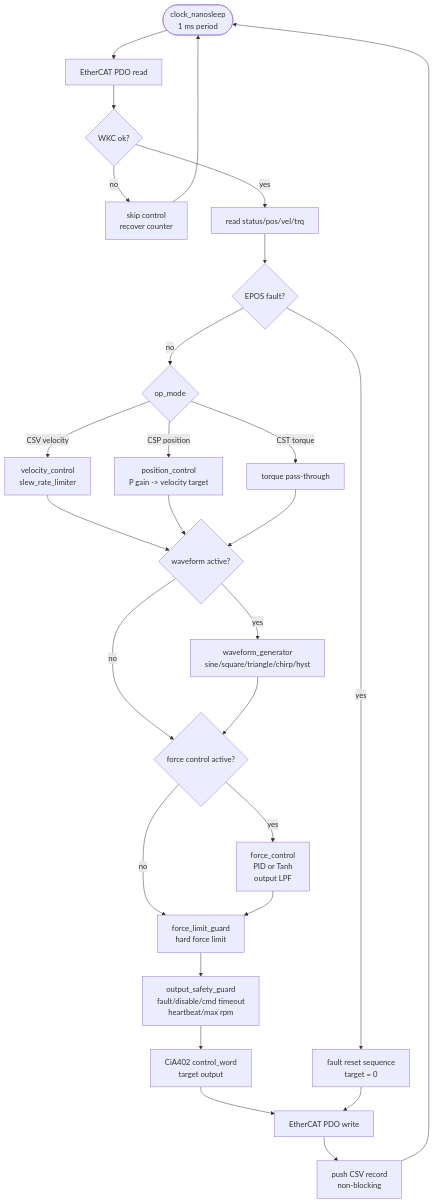
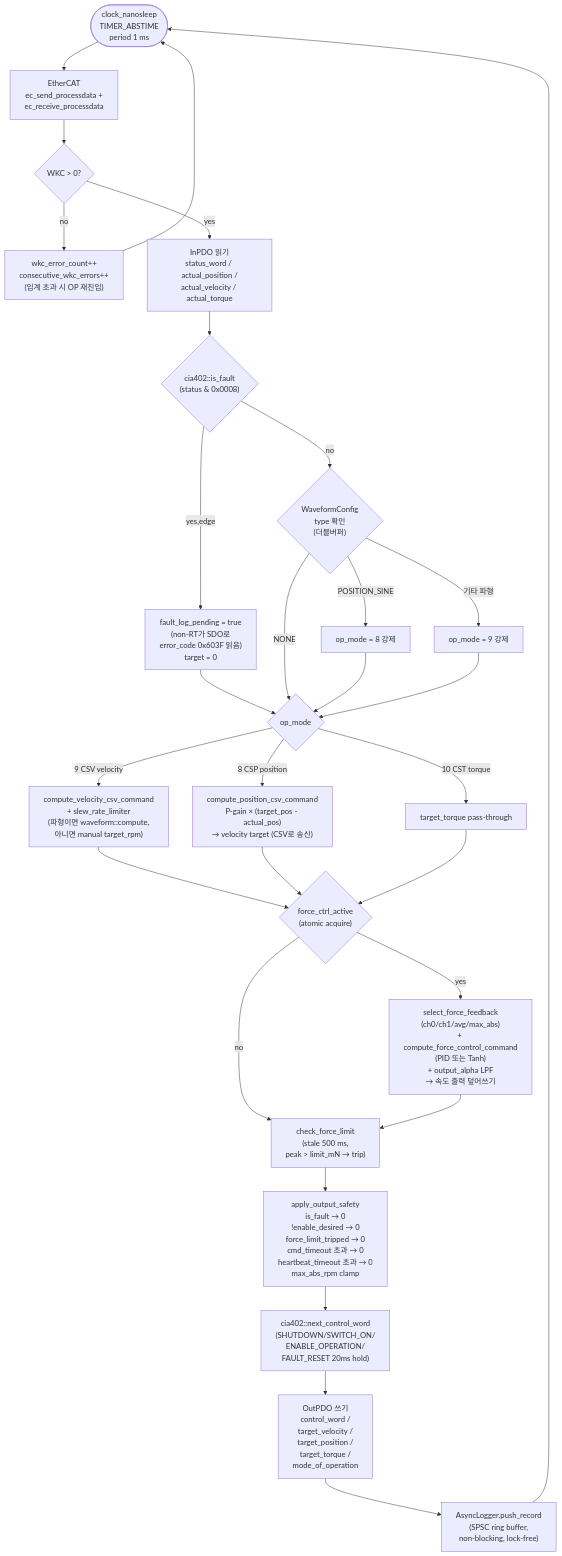
The seventh of 8 diagrams in docs/architecture_map.md (inlight37-design/motor_control), drawn with Mermaid before and after one commit. The commit also changed other lines of this file and 1 other file, not shown here.

````diff
--- a/docs/architecture_map.md
+++ b/docs/architecture_map.md
@@ -253,35 +272,38 @@
 ```mermaid
 flowchart TD
-    Tick([clock_nanosleep<br/>1 ms period]) --> PdoRead["EtherCAT PDO read"]
-    PdoRead --> Wkc{WKC ok?}
-    Wkc -->|no| Skip["skip control<br/>recover counter"]
-    Wkc -->|yes| Read["read status/pos/vel/trq"]
+    Tick([clock_nanosleep<br/>TIMER_ABSTIME<br/>period 1 ms]) --> PdoRead["EtherCAT<br/>ec_send_processdata +<br/>ec_receive_processdata"]
+    PdoRead --> Wkc{"WKC > 0?"}
+    Wkc -->|no| Skip["wkc_error_count++<br/>consecutive_wkc_errors++<br/>(임계 초과 시 OP 재진입)"]
+    Wkc -->|yes| Read["InPDO 읽기<br/>status_word / actual_position /<br/>actual_velocity / actual_torque"]
 
-    Read --> Fault{EPOS fault?}
-    Fault -->|yes| Reset["fault reset sequence<br/>target = 0"]
-    Fault -->|no| Mode{op_mode}
+    Read --> Fault{"cia402::is_fault<br/>(status & 0x0008)"}
+    Fault -->|yes,edge| FaultLog["fault_log_pending = true<br/>(non-RT가 SDO로<br/>error_code 0x603F 읽음)<br/>target = 0"]
+    Fault -->|no| WaveCheck{"WaveformConfig<br/>type 확인<br/>(더블버퍼)"}
+    FaultLog --> Mode
 
-    Mode -->|CSV velocity| Velocity["velocity_control<br/>slew_rate_limiter"]
-    Mode -->|CSP position| Position["position_control<br/>P gain -> velocity target"]
-    Mode -->|CST torque| Torque["torque pass-through"]
+    WaveCheck -->|POSITION_SINE| ForcePos["op_mode = 8 강제"]
+    WaveCheck -->|기타 파형| ForceCsv["op_mode = 9 강제"]
+    WaveCheck -->|NONE| Mode
+    ForcePos --> Mode
+    ForceCsv --> Mode
 
-    Velocity --> Wave{waveform active?}
-    Position --> Wave
-    Torque --> Wave
+    Mode{op_mode}
+    Mode -->|9 CSV velocity| Velocity["compute_velocity_csv_command<br/>+ slew_rate_limiter<br/>(파형이면 waveform::compute,<br/>아니면 manual target_rpm)"]
+    Mode -->|8 CSP position| Position["compute_position_csv_command<br/>P-gain × (target_pos - actual_pos)<br/>→ velocity target (CSV로 송신)"]
+    Mode -->|10 CST torque| Torque["target_torque pass-through"]
 
-    Wave -->|yes| Waveform["waveform_generator<br/>sine/square/triangle/chirp/hyst"]
-    Wave -->|no| Force
-    Waveform --> Force{force control active?}
+    Velocity --> ForceCheck{"force_ctrl_active<br/>(atomic acquire)"}
+    Position --> ForceCheck
+    Torque --> ForceCheck
 
-    Force -->|yes| ForceCtrl["force_control<br/>PID or Tanh<br/>output LPF"]
-    Force -->|no| Limit
-    ForceCtrl --> Limit["force_limit_guard<br/>hard force limit"]
+    ForceCheck -->|yes| ForceCtrl["select_force_feedback<br/>(ch0/ch1/avg/max_abs)<br/>+ compute_force_control_command<br/>(PID 또는 Tanh)<br/>+ output_alpha LPF<br/>→ 속도 출력 덮어쓰기"]
+    ForceCheck -->|no| Limit
+    ForceCtrl --> Limit["check_force_limit<br/>(stale 500 ms,<br/>peak > limit_mN → trip)"]
 
-    Limit --> Safety["output_safety_guard<br/>fault/disable/cmd timeout<br/>heartbeat/max rpm"]
-    Safety --> Cw["CiA402 control_word<br/>target output"]
-    Cw --> PdoWrite["EtherCAT PDO write"]
-    PdoWrite --> Log["push CSV record<br/>non-blocking"]
+    Limit --> Safety["apply_output_safety<br/>is_fault → 0<br/>!enable_desired → 0<br/>force_limit_tripped → 0<br/>cmd_timeout 초과 → 0<br/>heartbeat_timeout 초과 → 0<br/>max_abs_rpm clamp"]
+    Safety --> Cw["cia402::next_control_word<br/>(SHUTDOWN/SWITCH_ON/<br/>ENABLE_OPERATION/<br/>FAULT_RESET 20ms hold)"]
+    Cw --> PdoWrite["OutPDO 쓰기<br/>control_word /<br/>target_velocity /<br/>target_position /<br/>target_torque /<br/>mode_of_operation"]
+    PdoWrite --> Log["AsyncLogger.push_record<br/>(SPSC ring buffer,<br/>non-blocking, lock-free)"]
     Log --> Tick
-    Reset --> PdoWrite
     Skip --> Tick
 ```
````
